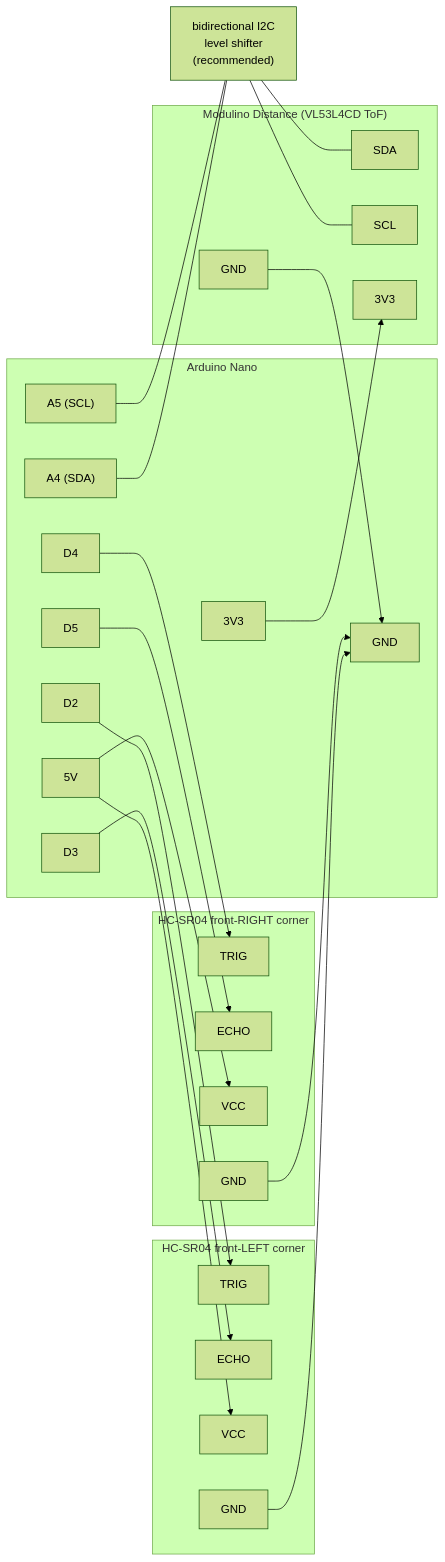
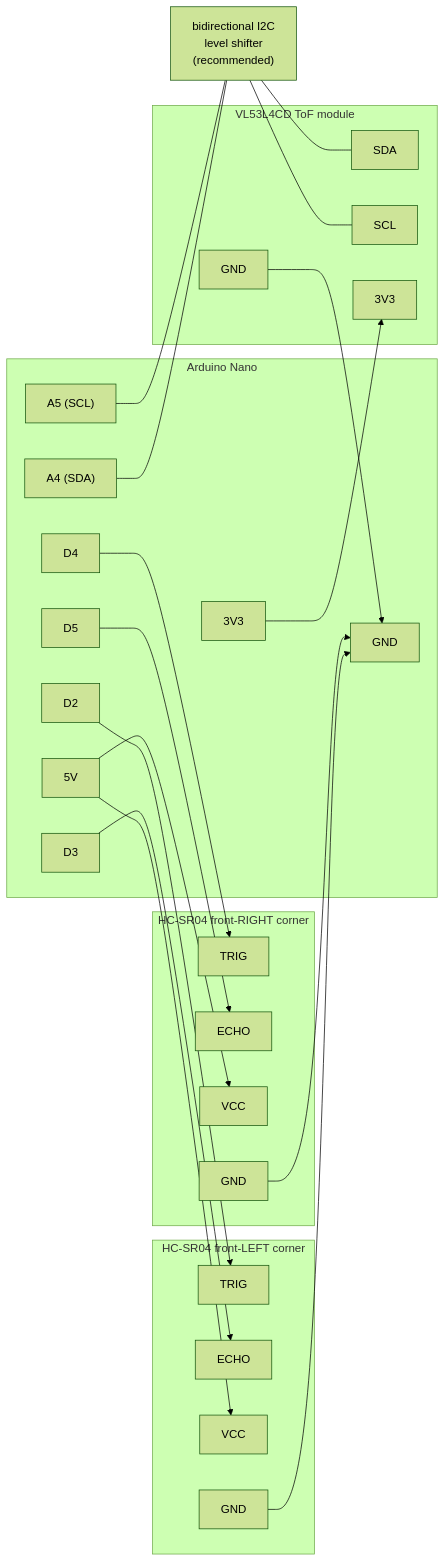
Before and after one commit to ResourceFork/strix: the diagram in docs/sensor-wiring.md, drawn with Mermaid (forest theme). The commit also changed other lines of this file and 11 other files, not shown here.

````diff
--- a/docs/sensor-wiring.md
+++ b/docs/sensor-wiring.md
@@ -66,54 +76,54 @@
 ```mermaid
 flowchart LR
     subgraph nano["Arduino Nano"]
         d2["D2"]
         d3["D3"]
         d4["D4"]
         d5["D5"]
         a4["A4 (SDA)"]
         a5["A5 (SCL)"]
         v5["5V"]
         v33["3V3"]
         gnd["GND"]
     end
 
     subgraph sl["HC-SR04 front-LEFT corner"]
         slt["TRIG"]
         sle["ECHO"]
         slv["VCC"]
         slg["GND"]
     end
 
     subgraph sr["HC-SR04 front-RIGHT corner"]
         srt["TRIG"]
         sre["ECHO"]
         srv["VCC"]
         srg["GND"]
     end
 
-    subgraph tof["Modulino Distance (VL53L4CD ToF)"]
+    subgraph tof["VL53L4CD ToF module"]
         tsda["SDA"]
         tscl["SCL"]
         tv["3V3"]
         tg["GND"]
     end
 
     ls["bidirectional I2C\nlevel shifter\n(recommended)"]
 
     d2 --> slt
     d3 --> sle
     v5 --> slv
     slg --> gnd
 
     d4 --> srt
     d5 --> sre
     v5 --> srv
     srg --> gnd
 
     a4 --- ls
     a5 --- ls
     ls --- tsda
     ls --- tscl
     v33 --> tv
     tg --> gnd
 ```
````
